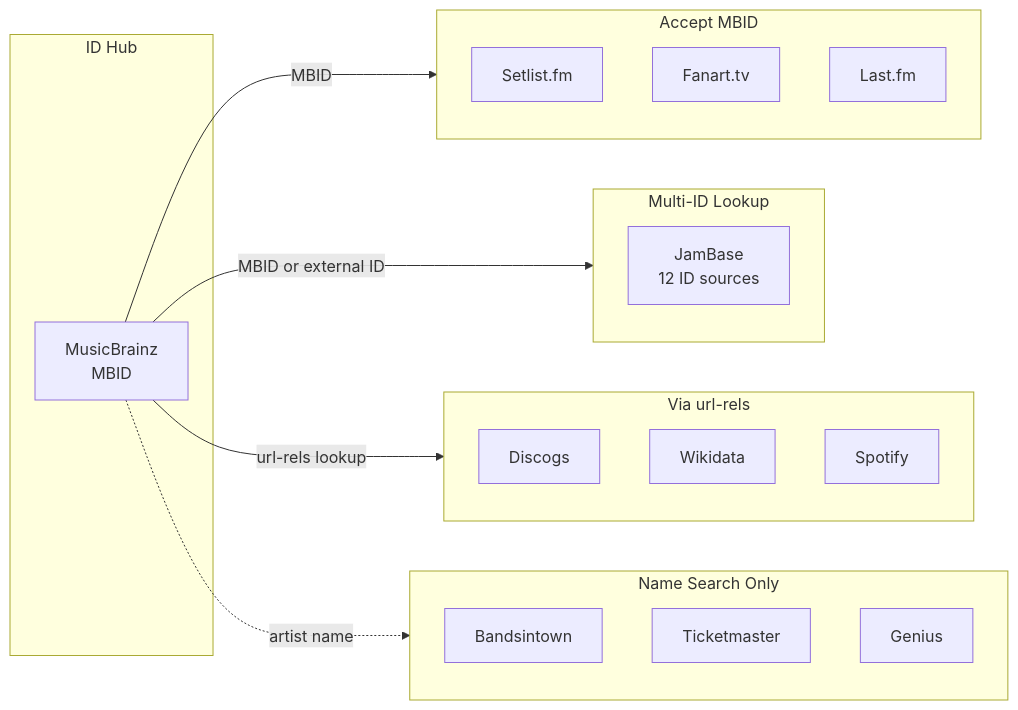
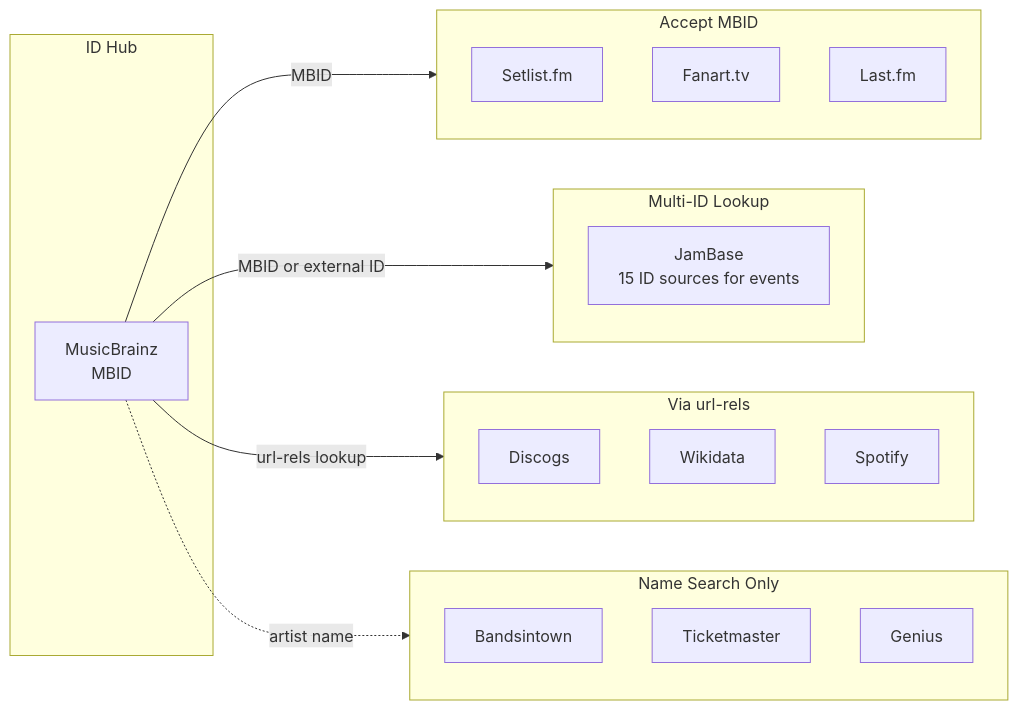
One commit to toddlevy/tl-agent-skills changed the diagram in skills/tl-live-music-data/SKILL.md. Above: the diagram before and after it, drawn with Mermaid. The commit also changed other lines of this file and 1 other file, not shown here.

First line of the commit message:
docs(tl-live-music-data): reconcile JamBase v3 reference with OpenAPI spec

````diff
--- a/skills/tl-live-music-data/SKILL.md
+++ b/skills/tl-live-music-data/SKILL.md
@@ -123,33 +124,33 @@
 ```mermaid
 flowchart LR
     subgraph hub [ID Hub]
         MB[MusicBrainz<br/>MBID]
     end
     
     subgraph direct [Accept MBID]
         Setlist[Setlist.fm]
         Fanart[Fanart.tv]
         Lastfm[Last.fm]
     end
     
     subgraph multi [Multi-ID Lookup]
-        JamBase[JamBase<br/>12 ID sources]
+        JamBase[JamBase<br/>15 ID sources for events]
     end
     
     subgraph linked [Via url-rels]
         Discogs[Discogs]
         Wikidata[Wikidata]
         Spotify[Spotify]
     end
     
     subgraph name [Name Search Only]
         Bandsintown[Bandsintown]
         TM[Ticketmaster]
         Genius[Genius]
     end
     
     MB -->|MBID| direct
     MB -->|MBID or external ID| multi
     MB -->|url-rels lookup| linked
     MB -.->|artist name| name
 ```
````
